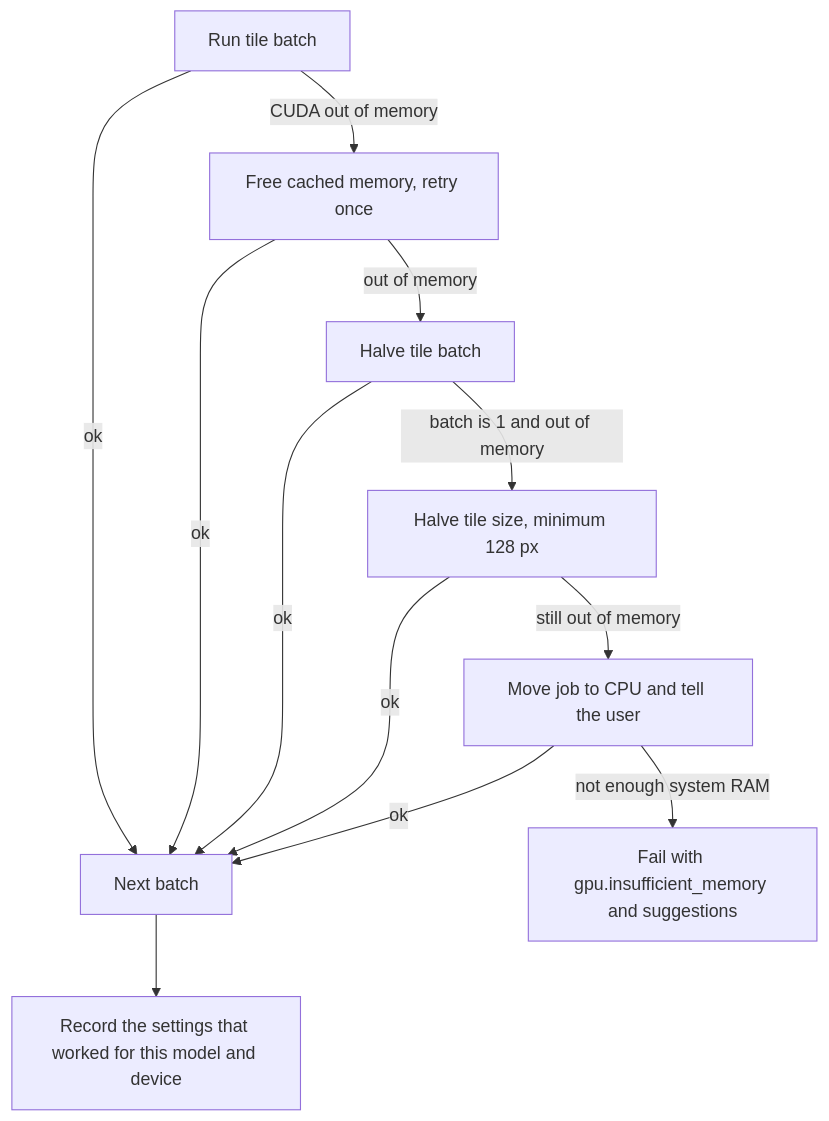
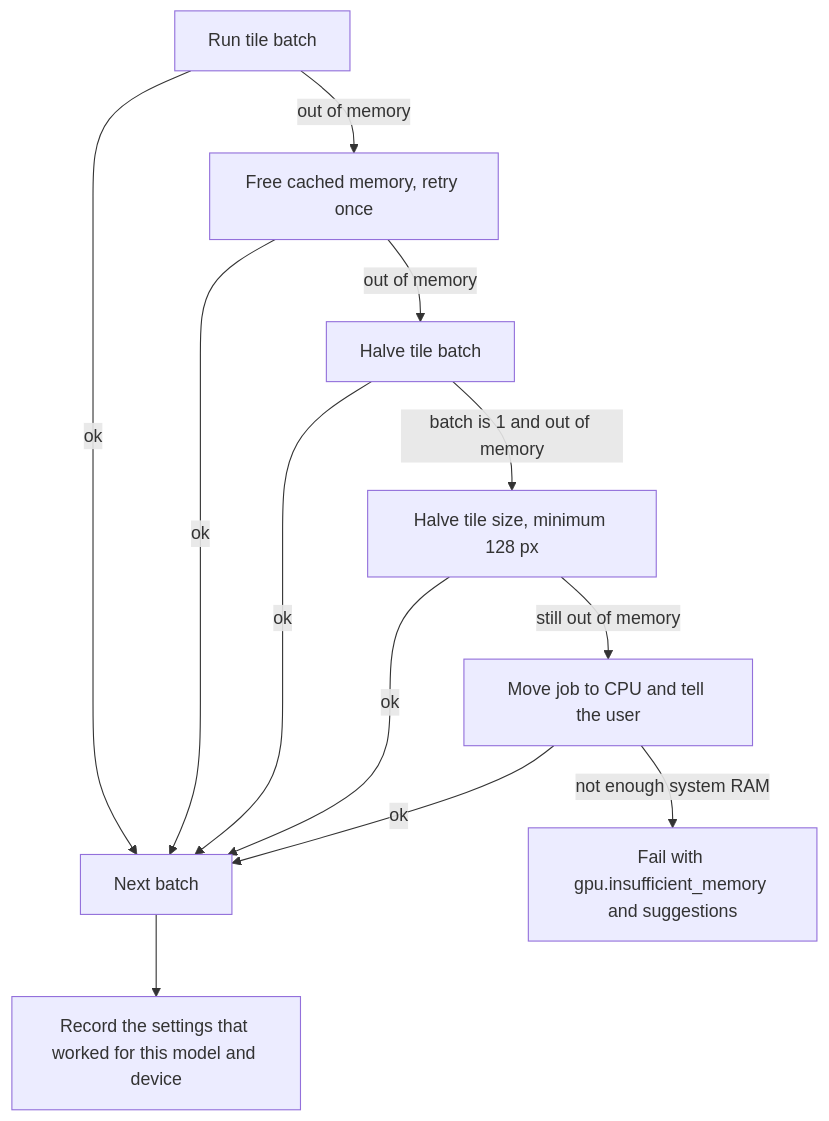
Before and after one commit to AmerZuher/Super-Image-Quality-Enhancer: the third of 5 diagrams in docs/architecture.md, drawn with Mermaid. The commit also changed other lines of this file and 21 other files, not shown here.

First line of the commit message:
docs: architecture v3, ADRs, AGENTS.md, README and gallery

````diff
--- a/docs/architecture.md
+++ b/docs/architecture.md
@@ -272,14 +230,14 @@
 ```mermaid
 flowchart TD
   S[Run tile batch] -->|ok| N[Next batch]
-  S -->|CUDA out of memory| A[Free cached memory, retry once]
+  S -->|out of memory| A[Free cached memory, retry once]
   A -->|ok| N
   A -->|out of memory| B[Halve tile batch]
   B -->|ok| N
   B -->|batch is 1 and out of memory| C[Halve tile size, minimum 128 px]
   C -->|ok| N
   C -->|still out of memory| D[Move job to CPU and tell the user]
   D -->|ok| N
   D -->|not enough system RAM| F[Fail with gpu.insufficient_memory and suggestions]
   N --> W[Record the settings that worked for this model and device]
 ```
````
